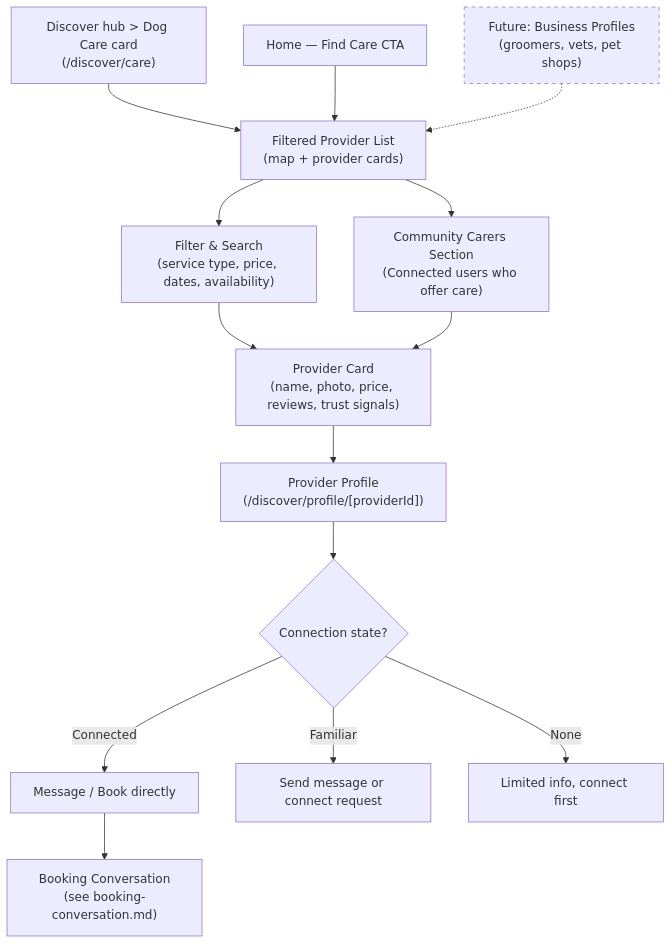
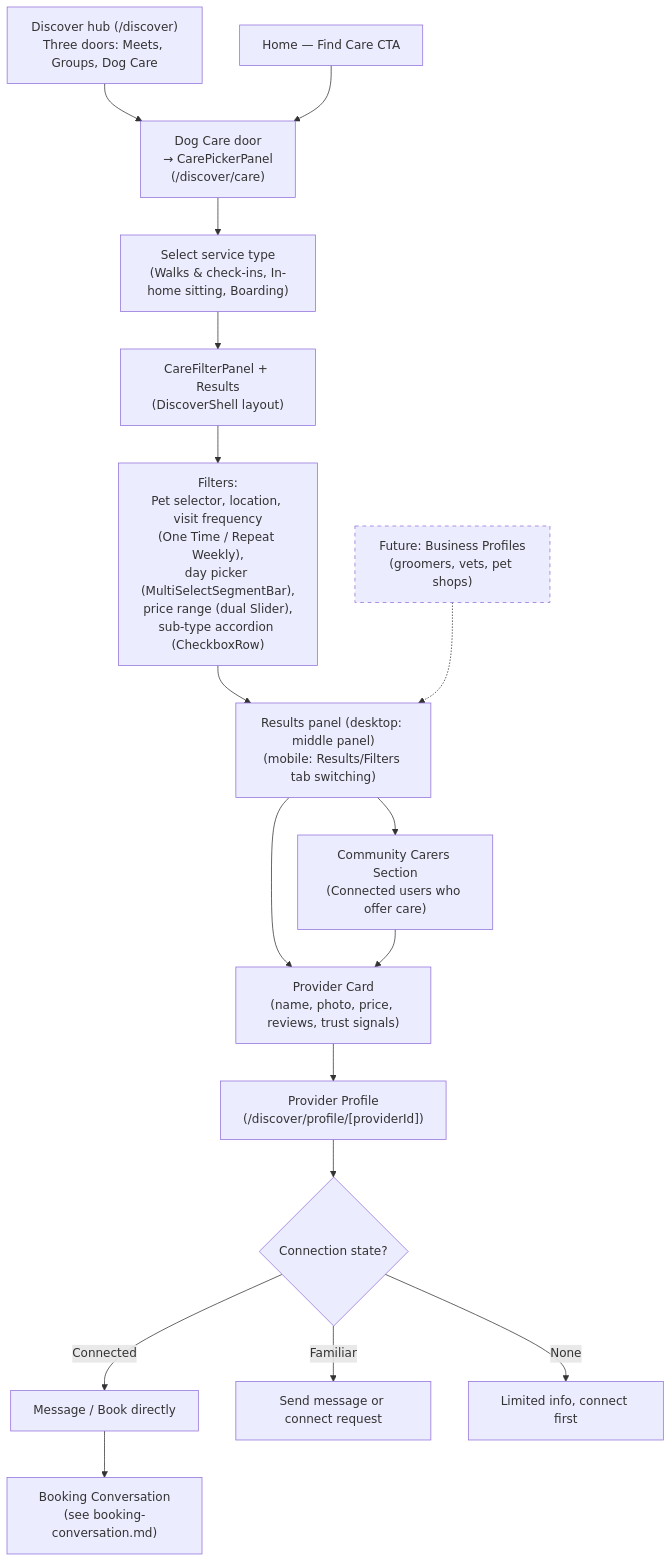
The diagram in docs/flows/care-discovery.md (ShawnTalvacchia/doggo), drawn with Mermaid before and after one commit. The commit also changed other lines of this file and 16 other files, not shown here.

````diff
--- a/docs/flows/care-discovery.md
+++ b/docs/flows/care-discovery.md
@@ -10,18 +10,21 @@
 ```mermaid
 flowchart TD
-    A["Discover hub > Dog Care card\n(/discover/care)"] --> B["Filtered Provider List\n(map + provider cards)"]
-    A2["Home — Find Care CTA"] --> B
-    B --> C["Filter & Search\n(service type, price, dates, availability)"]
-    B --> B1["Community Carers Section\n(Connected users who offer care)"]
-    C --> D["Provider Card\n(name, photo, price, reviews, trust signals)"]
-    B1 --> D
+    A["Discover hub (/discover)\nThree doors: Meets, Groups, Dog Care"] --> A1["Dog Care door\n→ CarePickerPanel\n(/discover/care)"]
+    A1 --> A2["Select service type\n(Walks & check-ins, In-home sitting, Boarding)"]
+    A2 --> B["CareFilterPanel + Results\n(DiscoverShell layout)"]
+    A3["Home — Find Care CTA"] --> A1
+    B --> B1["Filters:\nPet selector, location, visit frequency\n(One Time / Repeat Weekly),\nday picker (MultiSelectSegmentBar),\nprice range (dual Slider),\nsub-type accordion (CheckboxRow)"]
+    B1 --> B2["Results panel (desktop: middle panel)\n(mobile: Results/Filters tab switching)"]
+    B2 --> B3["Community Carers Section\n(Connected users who offer care)"]
+    B2 --> D["Provider Card\n(name, photo, price, reviews, trust signals)"]
+    B3 --> D
     D --> E["Provider Profile\n(/discover/profile/[providerId])"]
     E --> F{"Connection state?"}
     F -->|Connected| G["Message / Book directly"]
     F -->|Familiar| H["Send message or connect request"]
     F -->|None| I["Limited info, connect first"]
     G --> J["Booking Conversation\n(see booking-conversation.md)"]
 
     style K stroke-dasharray: 5 5
-    K["Future: Business Profiles\n(groomers, vets, pet shops)"] -.-> B
+    K["Future: Business Profiles\n(groomers, vets, pet shops)"] -.-> B2
 ```
````
